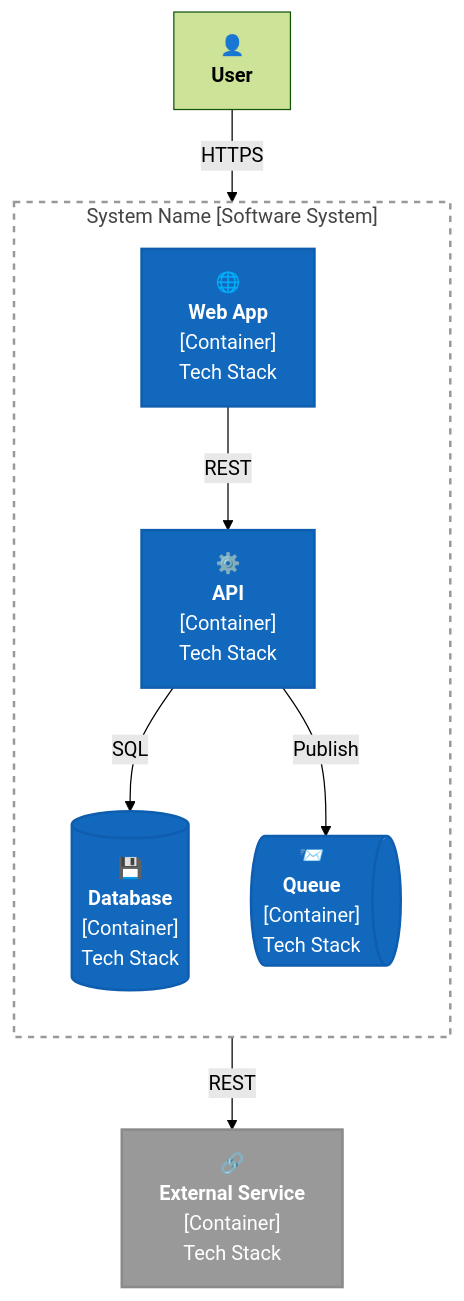
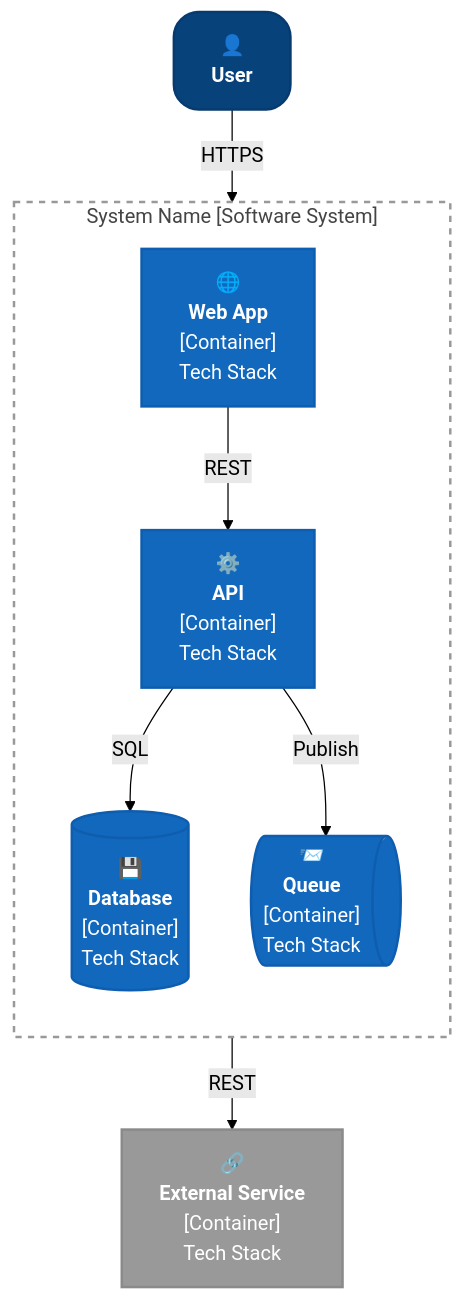
The sixth of 6 diagrams in C4-cheatsheets/C4-Container-Diagram-Mermaid-Flowchart-Cheatsheet.md (LockTar/C4-Modeling-in-Mermaid), drawn with Mermaid (forest theme) before and after one commit. The commit also changed other lines of this file and 3 other files, not shown here.

Commit message:
Update C4 Mermaid Flowchart Cheatsheets to include Person and PersonExt class definitions for improved diagram clarity

````diff
--- a/C4-cheatsheets/C4-Container-Diagram-Mermaid-Flowchart-Cheatsheet.md
+++ b/C4-cheatsheets/C4-Container-Diagram-Mermaid-Flowchart-Cheatsheet.md
@@ -311,46 +319,49 @@
 ```mermaid
 flowchart TB
     %% ===== STYLES =====
+    classDef Person fill:#08427b,stroke:#073b6f,color:#fff,rx:20px,ry:20px,stroke-width:2px;
     classDef Container fill:#1168bd,stroke:#0f5daf,color:#fff,stroke-width:2px;
     classDef ContainerDb fill:#1168bd,stroke:#0f5daf,color:#fff,stroke-width:2px;
     classDef ContainerQueue fill:#1168bd,stroke:#0f5daf,color:#fff,stroke-width:2px;
     classDef ContainerExt fill:#999999,stroke:#8a8a8a,color:#fff,stroke-width:2px;
     classDef ContainerBoundary fill:none,stroke:#999,stroke-width:2px,stroke-dasharray: 5 5,color:#444;
 
     %% ===== ACTORS =====
     user["👤<br/><b>User</b>"]
+
+    class user Person
 
     %% ===== MAIN SYSTEM BOUNDARY =====
     subgraph sys["System Name [Software System]"]
         direction TB
 
         %% Internal Containers
         web["🌐<br/><b>Web App</b><br/>[Container]<br/>Tech Stack"]
         api["⚙️<br/><b>API</b><br/>[Container]<br/>Tech Stack"]
 
         %% Database Containers
         db[("💾<br/><b>Database</b><br/>[Container]<br/>Tech Stack")]
 
         %% Message Queue
         queue@{ shape: das, label: "📨<br/><b>Queue</b><br/>[Container]<br/>Tech Stack" }
 
         class web,api Container
         class db ContainerDb
         class queue ContainerQueue
 
         %% Relationships
         web -->|REST| api
         api -->|SQL| db
         api -->|Publish| queue
     end
     class sys ContainerBoundary;
 
     %% ===== EXTERNAL CONTAINERS =====
     extservice["🔗<br/><b>External Service</b><br/>[Container]<br/>Tech Stack"]
 
     class extservice ContainerExt
 
     %% ===== RELATIONSHIPS =====
     user -->|HTTPS| web
     queue -->|REST| extservice
 ```
````
